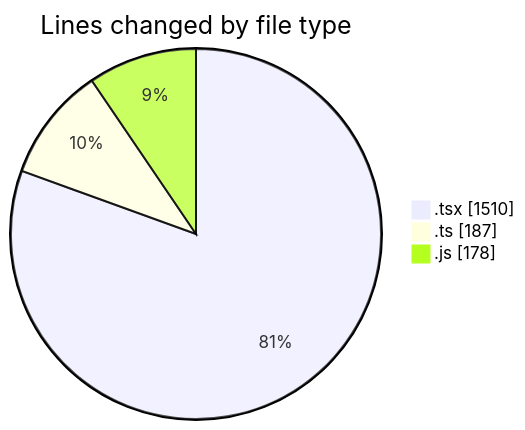
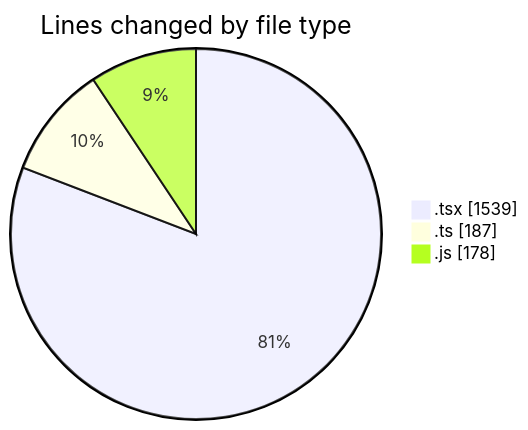
Before and after one commit to robertbonfada/code-tracking: the first of 2 diagrams in 2025-02-03/mbc-web/README.md, drawn with Mermaid. The commit also changed other lines of this file and 1 other file, not shown here.

````diff
--- a/2025-02-03/mbc-web/README.md
+++ b/2025-02-03/mbc-web/README.md
@@ -26,7 +27,7 @@
 ```mermaid
 pie showData
 title Lines changed by file type
-".tsx" : 1510
+".tsx" : 1539
 ".ts" : 187
 ".js" : 178
 ```
````
